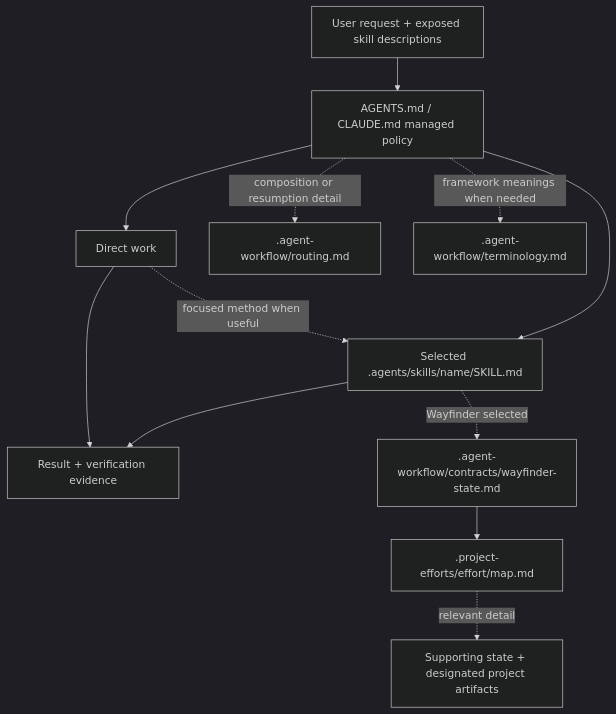
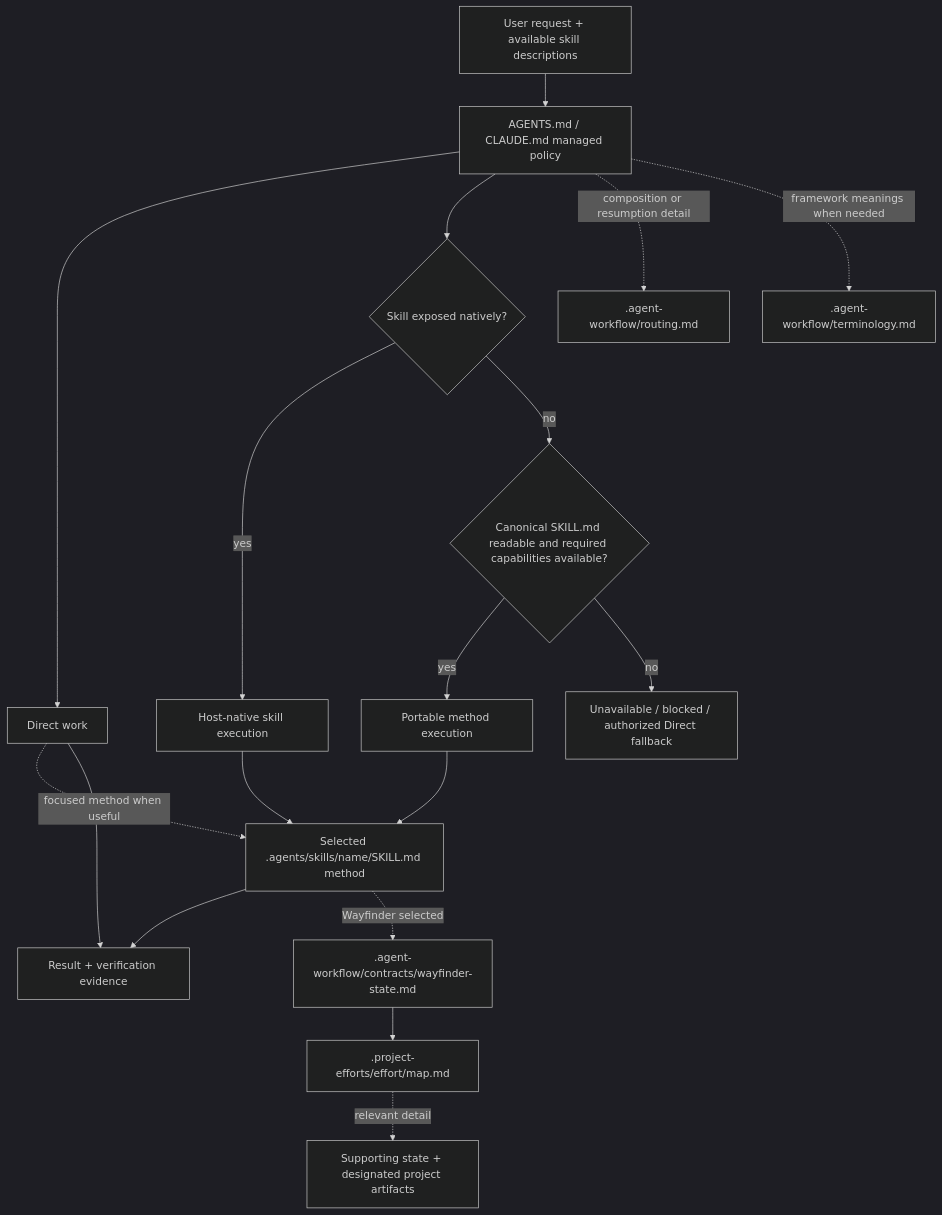
One commit to jimmfan/agentic-workflow changed the diagram in docs/architecture.md. Above: the diagram before and after it, drawn with Mermaid (dark theme). The commit also changed other lines of this file and 16 other files, not shown here.

Commit message:
Support portable Agent Workflow skill routing

````diff
--- a/docs/architecture.md
+++ b/docs/architecture.md
@@ -11,14 +11,20 @@
 ```mermaid
 flowchart TD
-    request["User request + exposed skill descriptions"] --> root["AGENTS.md / CLAUDE.md managed policy"]
+    request["User request + available skill descriptions"] --> root["AGENTS.md / CLAUDE.md managed policy"]
     root --> direct["Direct work"]
-    root --> method["Selected .agents/skills/name/SKILL.md"]
+    root --> exposure{"Skill exposed natively?"}
+    exposure -->|yes| native["Host-native skill execution"]
+    exposure -->|no| readable{"Canonical SKILL.md readable and required capabilities available?"}
+    readable -->|yes| portable["Portable method execution"]
+    readable -->|no| unavailable["Unavailable / blocked / authorized Direct fallback"]
+    native --> method["Selected .agents/skills/name/SKILL.md method"]
+    portable --> method
     direct -. focused method when useful .-> method
     root -. composition or resumption detail .-> routing[".agent-workflow/routing.md"]
     root -. framework meanings when needed .-> terms[".agent-workflow/terminology.md"]
     method --> result["Result + verification evidence"]
     direct --> result
     method -. Wayfinder selected .-> contract[".agent-workflow/contracts/wayfinder-state.md"]
     contract --> map[".project-efforts/effort/map.md"]
     map -. relevant detail .-> artifacts["Supporting state + designated project artifacts"]
 ```
````
